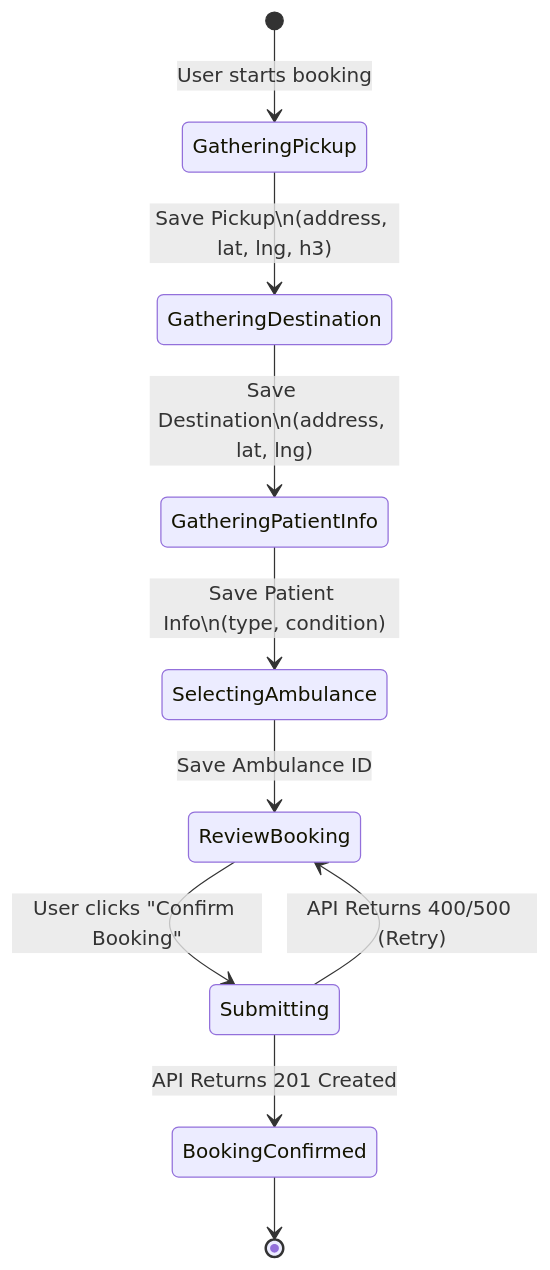
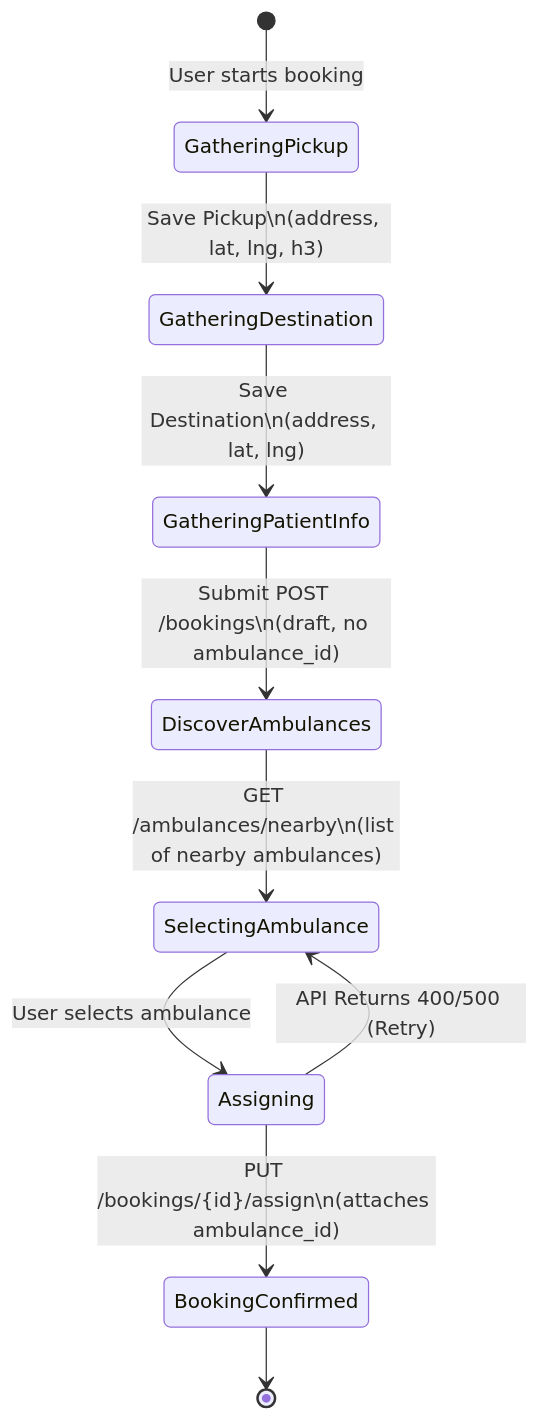
The first of 2 diagrams in docs/FRONTEND_BOOKING_FLOW.md (101-toyota-team/resqlink-be), drawn with Mermaid before and after one commit. The commit also changed other lines of this file and 1 other file, not shown here.

First line of the commit message:
docs: sync API spec and booking flow for two-step model

````diff
--- a/docs/FRONTEND_BOOKING_FLOW.md
+++ b/docs/FRONTEND_BOOKING_FLOW.md
@@ -9,16 +13,16 @@
 ```mermaid
 stateDiagram-v2
     [*] --> GatheringPickup : User starts booking
     
     GatheringPickup --> GatheringDestination : Save Pickup\n(address, lat, lng, h3)
     GatheringDestination --> GatheringPatientInfo : Save Destination\n(address, lat, lng)
-    GatheringPatientInfo --> SelectingAmbulance : Save Patient Info\n(type, condition)
-    SelectingAmbulance --> ReviewBooking : Save Ambulance ID
+    GatheringPatientInfo --> DiscoverAmbulances : Submit POST /bookings\n(draft, no ambulance_id)
     
-    ReviewBooking --> Submitting : User clicks "Confirm Booking"
+    DiscoverAmbulances --> SelectingAmbulance : GET /ambulances/nearby\n(list of nearby ambulances)
+    SelectingAmbulance --> Assigning : User selects ambulance
     
-    Submitting --> BookingConfirmed : API Returns 201 Created
-    Submitting --> ReviewBooking : API Returns 400/500 (Retry)
+    Assigning --> BookingConfirmed : PUT /bookings/{id}/assign\n(attaches ambulance_id)
+    Assigning --> SelectingAmbulance : API Returns 400/500 (Retry)
     
     BookingConfirmed --> [*]
 ```
````
